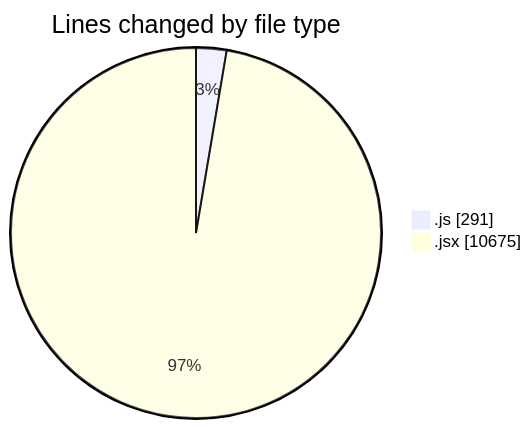
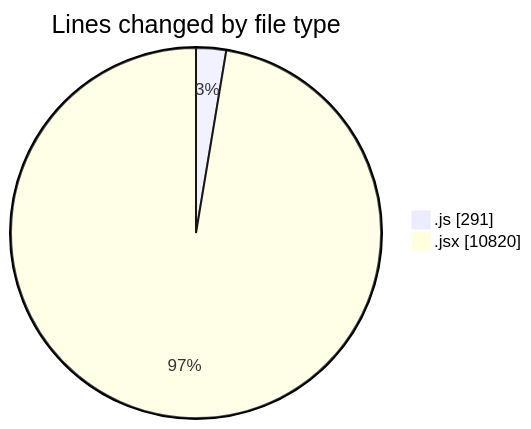
One commit to nxtqubesakshisongat/code-tracking changed the first of 2 diagrams in 2025-07-28/nxtqube_webapp/README.md. Above: the diagram before and after it, drawn with Mermaid. The commit also changed other lines of this file and 1 other file, not shown here.

````diff
--- a/2025-07-28/nxtqube_webapp/README.md
+++ b/2025-07-28/nxtqube_webapp/README.md
@@ -45,6 +45,6 @@
 ```mermaid
 pie showData
 title Lines changed by file type
 ".js" : 291
-".jsx" : 10675
+".jsx" : 10820
 ```
````
